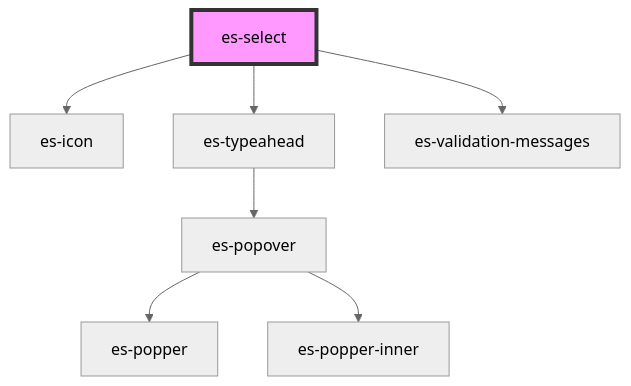
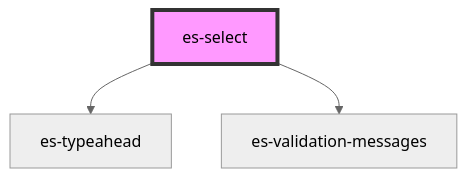
Before and after one commit to EventStore/Design-System: the diagram in packages/fields/src/components/es-select/readme.md, drawn with Mermaid (neutral theme). The commit also changed other lines of this file and 21 other files, not shown here.

````diff
--- a/packages/fields/src/components/es-select/readme.md
+++ b/packages/fields/src/components/es-select/readme.md
@@ -42,10 +41,6 @@
 ```mermaid
 graph TD;
-  es-select --> es-icon
   es-select --> es-typeahead
   es-select --> es-validation-messages
-  es-typeahead --> es-popover
-  es-popover --> es-popper
-  es-popover --> es-popper-inner
   style es-select fill:#f9f,stroke:#333,stroke-width:4px
 ```
````
